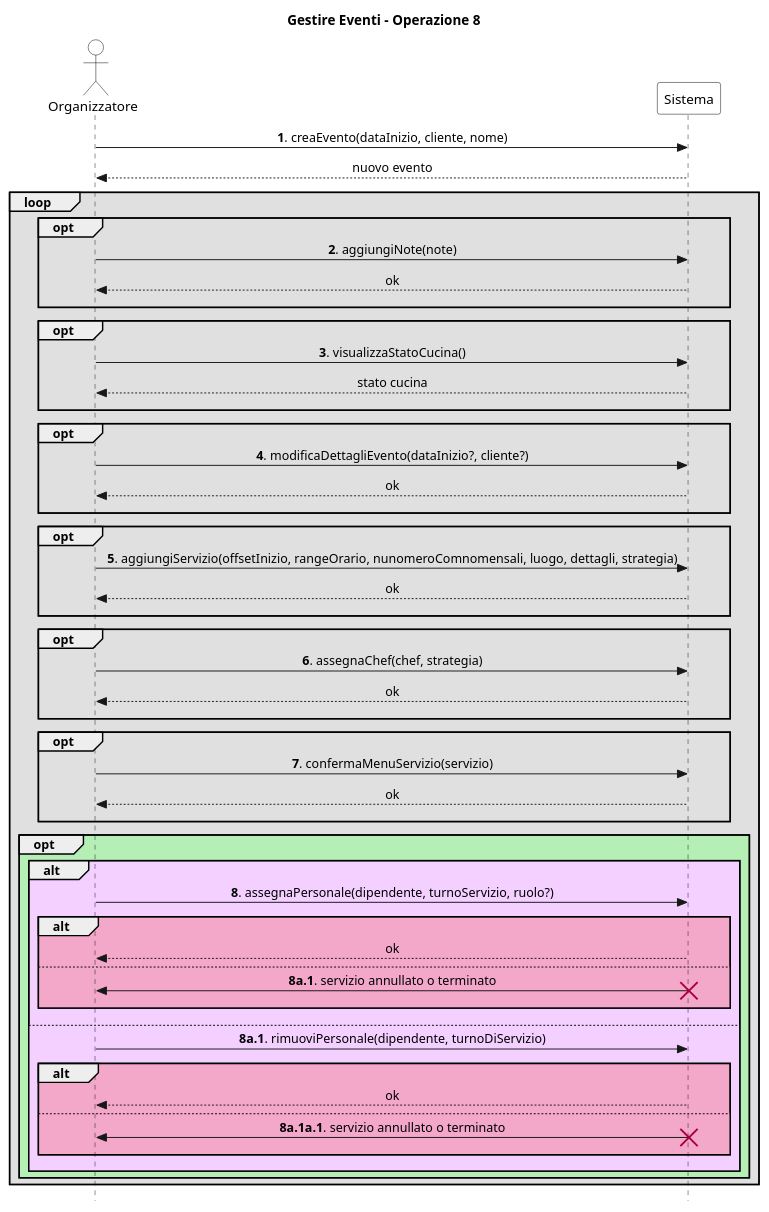
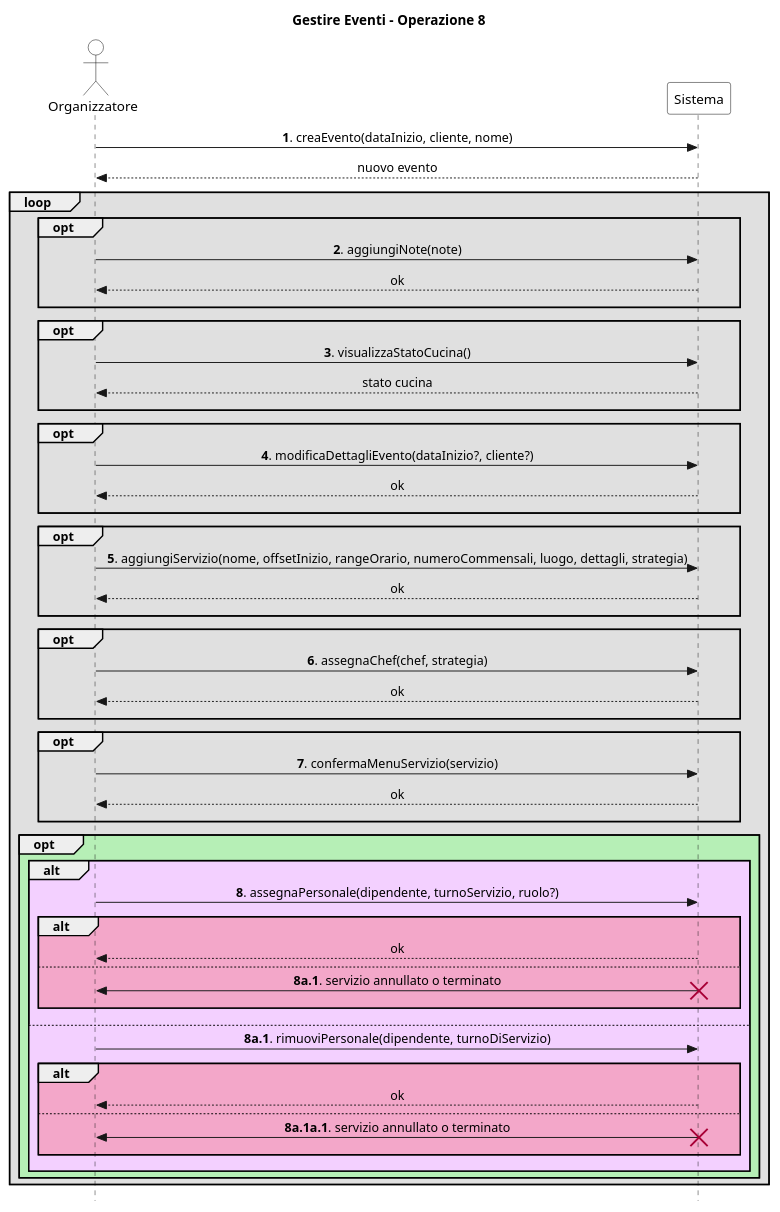
The diagram in UP/Requisiti/UC Gestire Eventi/SSD/Estensioni-Eccezioni Op8.puml (stefa168/sas-project), drawn with PlantUML before and after one commit. The commit also changed 6 other files, not shown here.

```diff
--- a/UP/Requisiti/UC Gestire Eventi/SSD/Estensioni-Eccezioni Op8.puml
+++ b/UP/Requisiti/UC Gestire Eventi/SSD/Estensioni-Eccezioni Op8.puml
@@ -1,81 +1,81 @@
 @startuml
 skinparam Style strictuml
 skinparam SequenceMessageAlign center
 
 skinparam sequence {
     ActorBorderColor Black
     ActorBackgroundColor White
     ParticipantBorderColor Black
     ParticipantBackgroundColor White
 }
 
 actor "Organizzatore" as org
 participant Sistema
 
 title Gestire Eventi - Operazione 8
 
 org -> Sistema: **1**. creaEvento(dataInizio, cliente, nome)
 return nuovo evento
 
 loop #e0e0e0
     opt #e0e0e0
         org -> Sistema: **2**. aggiungiNote(note)
         return ok
         ||10||
     end
 
     opt #e0e0e0
         org -> Sistema: **3**. visualizzaStatoCucina()
         return stato cucina
         ||10||
     end
 
     opt #e0e0e0
         org -> Sistema: **4**. modificaDettagliEvento(dataInizio?, cliente?)
         return ok
         ||10||
     end
 
     opt #e0e0e0
-        org -> Sistema: **5**. aggiungiServizio(offsetInizio, rangeOrario, nunomeroComnomensali, luogo, dettagli, strategia)
+        org -> Sistema: **5**. aggiungiServizio(nome, offsetInizio, rangeOrario, numeroCommensali, luogo, dettagli, strategia)
         return ok
         ||10||
     end
 
     opt #e0e0e0
         org -> Sistema: **6**. assegnaChef(chef, strategia)
         return ok
         ||10||
     end
 
     opt #e0e0e0
         org -> Sistema: **7**. confermaMenuServizio(servizio)
         return ok
         ||10||
     end
 
     opt #b6efb6
         alt #f3d0ff
             org -> Sistema: **8**. assegnaPersonale(dipendente, turnoServizio, ruolo?)
             alt #f3a7c9
                 return ok
             else
                 org <- Sistema: **8a.1**. servizio annullato o terminato
                 destroy Sistema
                 ||10||
             end
             ||10||
         else
             org -> Sistema: **8a.1**. rimuoviPersonale(dipendente, turnoDiServizio)
             alt #f3a7c9
                 return ok
             else
                 org <- Sistema: **8a.1a.1**. servizio annullato o terminato
                 destroy Sistema
                 ||10||
             end
             ||10||
         end
     end
 end
 @enduml
```
